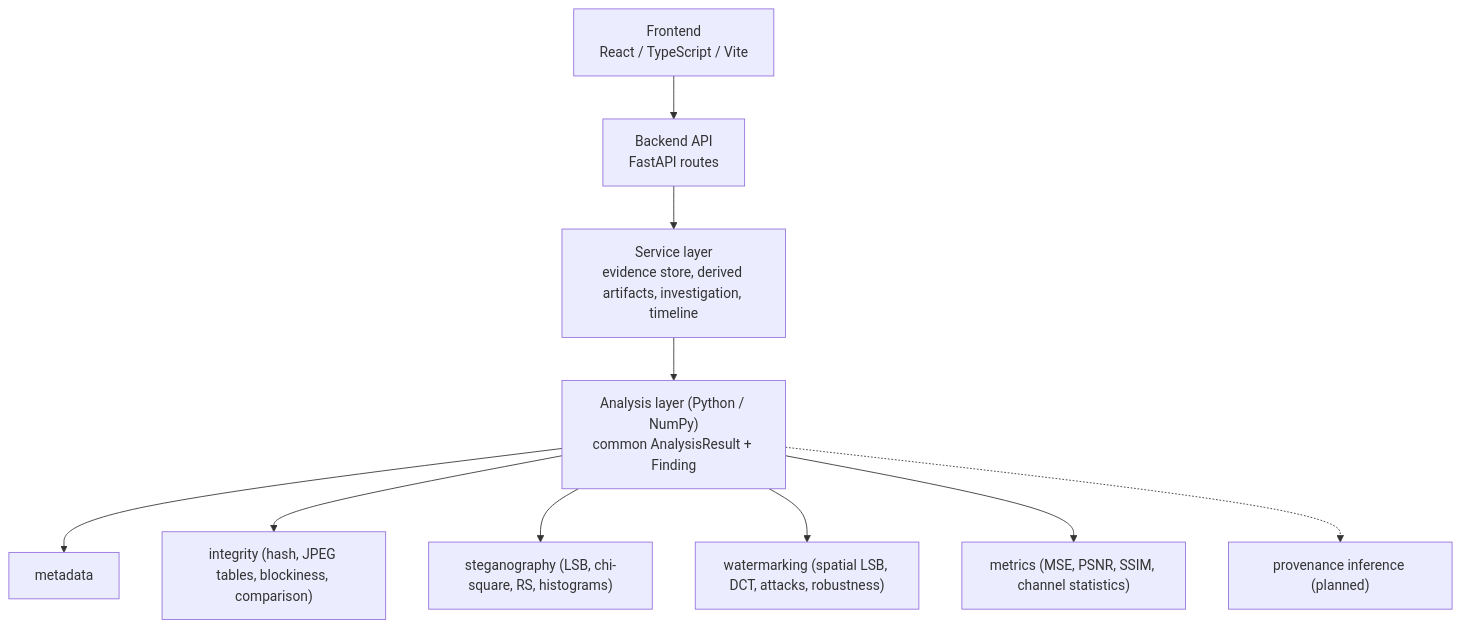
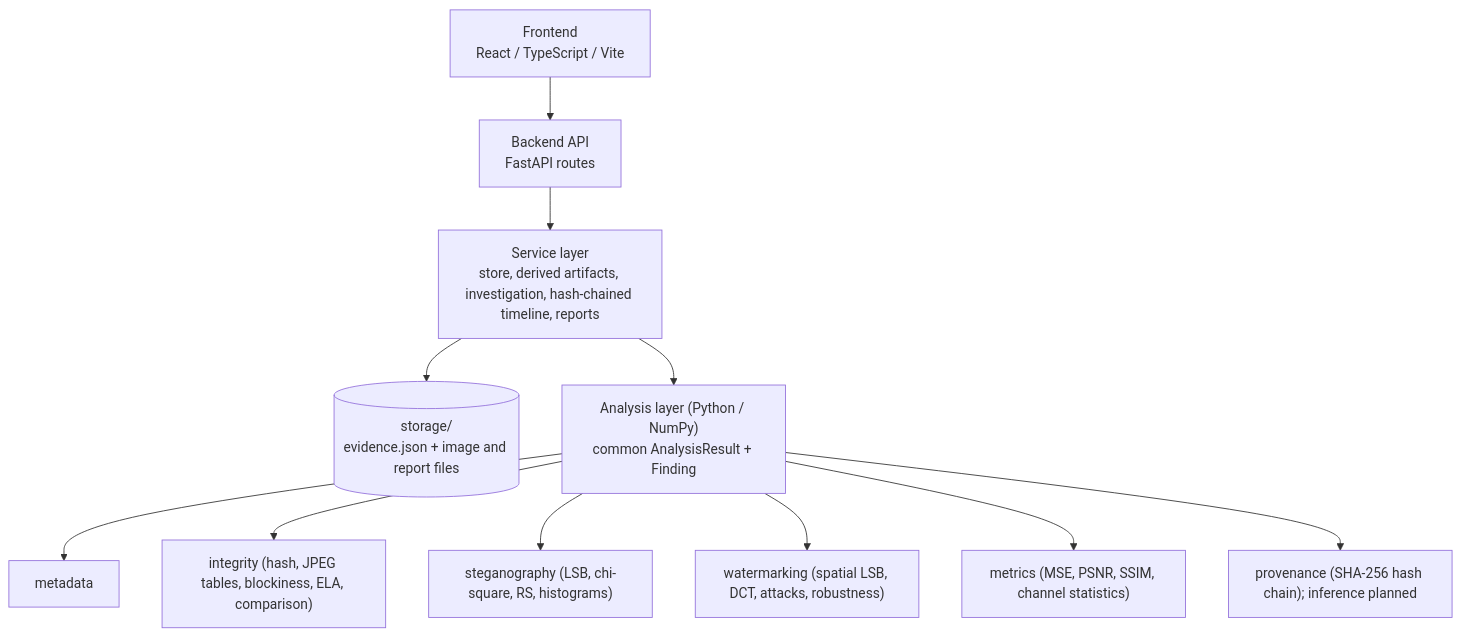
The diagram in README.md (pratham1357/Veridia), drawn with Mermaid before and after one commit. The commit also changed other lines of this file and 52 other files, not shown here.

First line of the commit message:
Persistence, hash-chained provenance, tamper verification, ELA and investigation reports (#1)

````diff
--- a/README.md
+++ b/README.md
@@ -168,12 +223,13 @@
 ```mermaid
 flowchart TD
     FE["Frontend<br/>React / TypeScript / Vite"] --> API["Backend API<br/>FastAPI routes"]
-    API --> SVC["Service layer<br/>evidence store, derived artifacts, investigation, timeline"]
+    API --> SVC["Service layer<br/>store, derived artifacts, investigation, hash-chained timeline, reports"]
+    SVC --> ST[("storage/<br/>evidence.json + image and report files")]
     SVC --> AN["Analysis layer (Python / NumPy)<br/>common AnalysisResult + Finding"]
     AN --> M["metadata"]
-    AN --> I["integrity (hash, JPEG tables, blockiness, comparison)"]
+    AN --> I["integrity (hash, JPEG tables, blockiness, ELA, comparison)"]
     AN --> S["steganography (LSB, chi-square, RS, histograms)"]
     AN --> W["watermarking (spatial LSB, DCT, attacks, robustness)"]
     AN --> Q["metrics (MSE, PSNR, SSIM, channel statistics)"]
-    AN -.-> P["provenance inference (planned)"]
+    AN --> P["provenance (SHA-256 hash chain); inference planned"]
 ```
````
